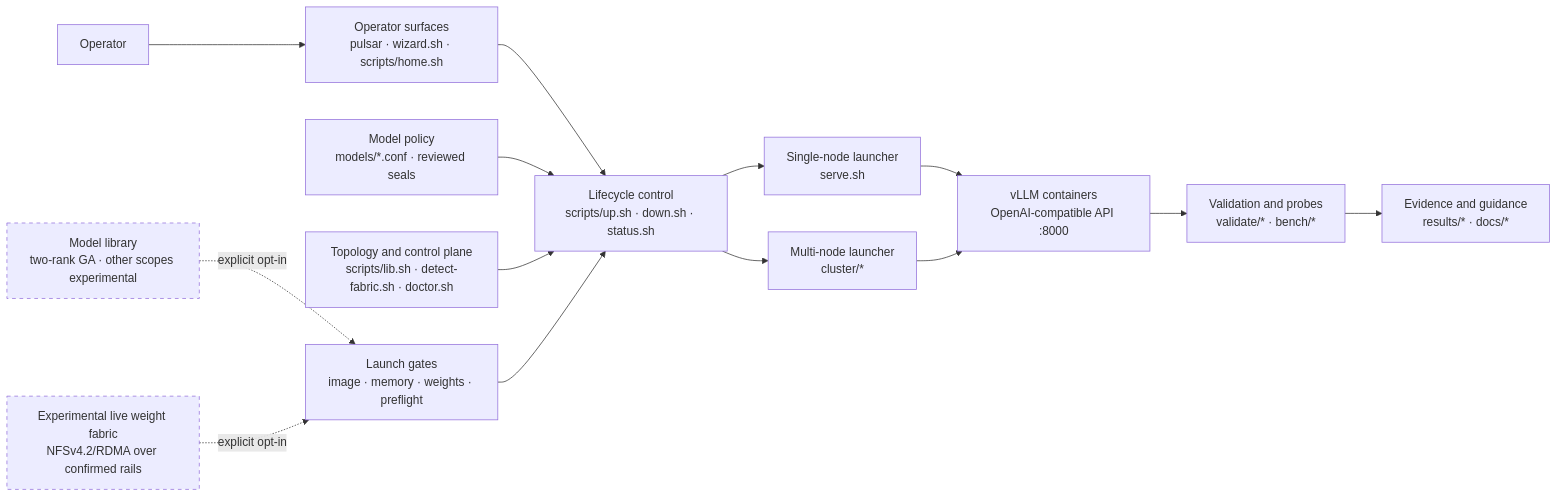
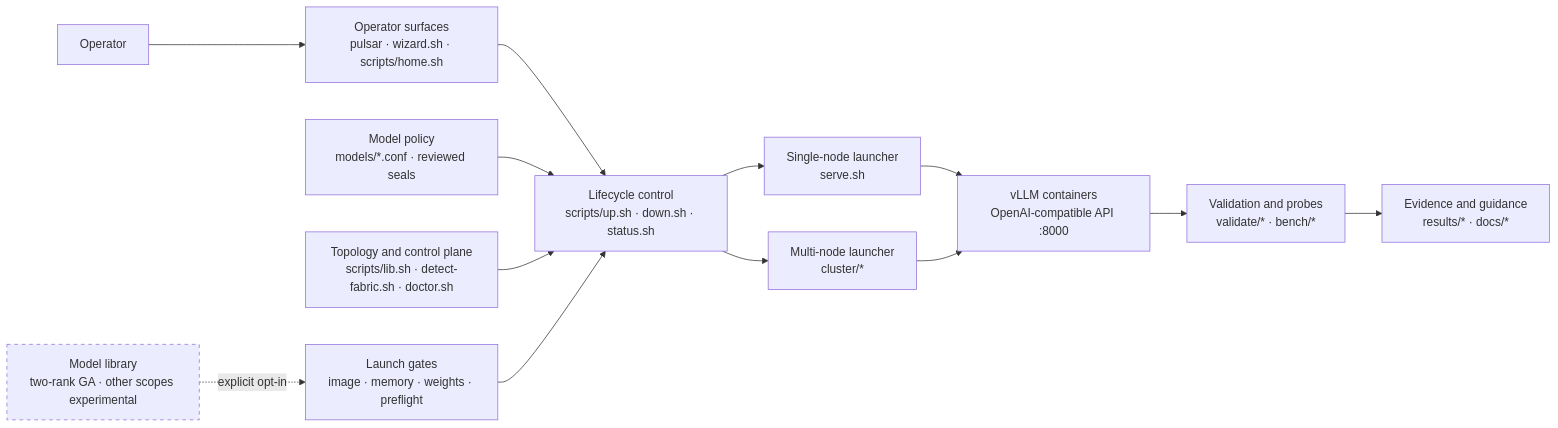
Before and after one commit to luisefigueroa/pulsar-gb10-vllm-stack: the diagram in AGENTS.md, drawn with Mermaid. The commit also changed other lines of this file and 4 other files, not shown here.

First line of the commit message:
docs(onboarding): stop offering live NFS/RDMA as a serving path

````diff
--- a/AGENTS.md
+++ b/AGENTS.md
@@ -9,23 +9,22 @@
 ```mermaid
 flowchart LR
   operator["Operator"] --> surfaces["Operator surfaces<br/>pulsar · wizard.sh · scripts/home.sh"]
   surfaces --> lifecycle["Lifecycle control<br/>scripts/up.sh · down.sh · status.sh"]
 
   profiles["Model policy<br/>models/*.conf · reviewed seals"] --> lifecycle
   topology["Topology and control plane<br/>scripts/lib.sh · detect-fabric.sh · doctor.sh"] --> lifecycle
   artifacts["Launch gates<br/>image · memory · weights · preflight"] --> lifecycle
 
   lifecycle --> single["Single-node launcher<br/>serve.sh"]
   lifecycle --> cluster["Multi-node launcher<br/>cluster/*"]
   single --> runtime["vLLM containers<br/>OpenAI-compatible API :8000"]
   cluster --> runtime
 
   library["Model library<br/>two-rank GA · other scopes experimental"] -. explicit opt-in .-> artifacts
-  fabric["Experimental live weight fabric<br/>NFSv4.2/RDMA over confirmed rails"] -. explicit opt-in .-> artifacts
 
   runtime --> validation["Validation and probes<br/>validate/* · bench/*"]
   validation --> evidence["Evidence and guidance<br/>results/* · docs/*"]
 
   classDef optin stroke-dasharray: 5 5;
-  class library,fabric optin;
+  class library optin;
 ```
````
